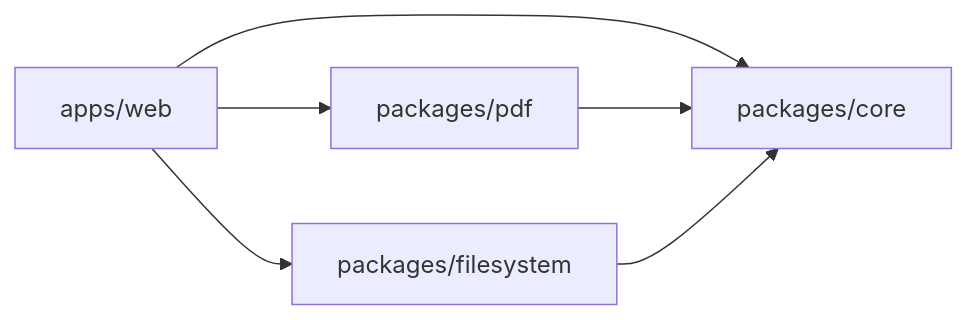
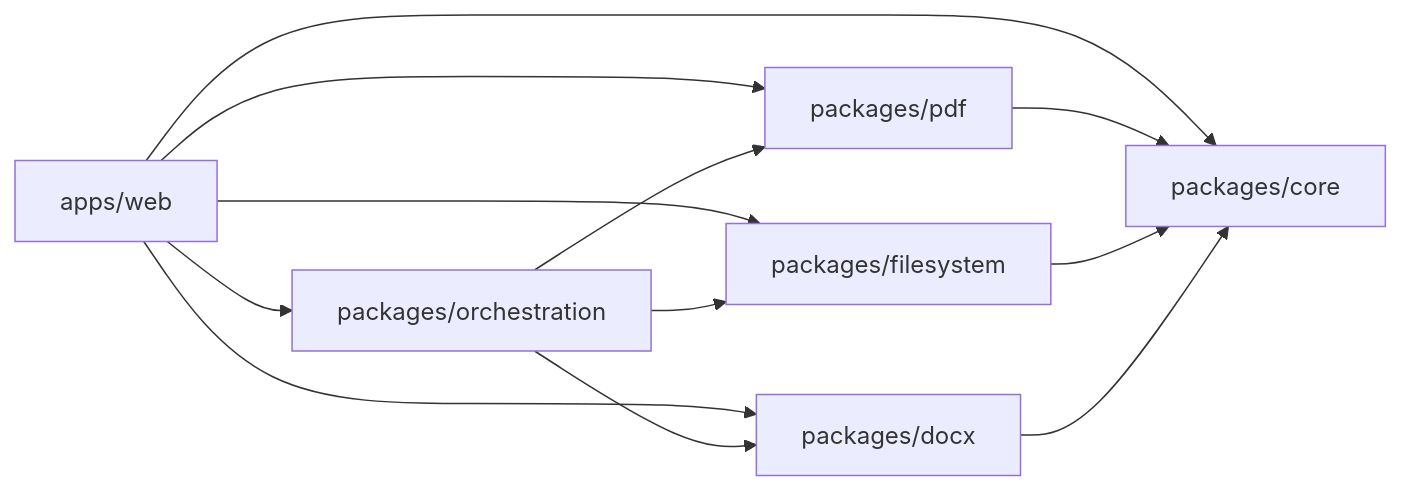
One commit to abhijeethrkgadwal/localDocuAI changed the diagram in docs/architecture/system-architecture.md. Above: the diagram before and after it, drawn with Mermaid. The commit also changed other lines of this file and 103 other files, not shown here.

````diff
--- a/docs/architecture/system-architecture.md
+++ b/docs/architecture/system-architecture.md
@@ -12,12 +13,20 @@
 ```mermaid
 flowchart LR
   UI[apps/web]
+  Orch[packages/orchestration]
   FS[packages/filesystem]
   Core[packages/core]
   PDF[packages/pdf]
+  DOCX[packages/docx]
+  UI --> Orch
   UI --> FS
   UI --> Core
   UI --> PDF
+  UI --> DOCX
+  Orch --> PDF
+  Orch --> FS
+  Orch --> DOCX
   PDF --> Core
   FS --> Core
+  DOCX --> Core
 ```
````
